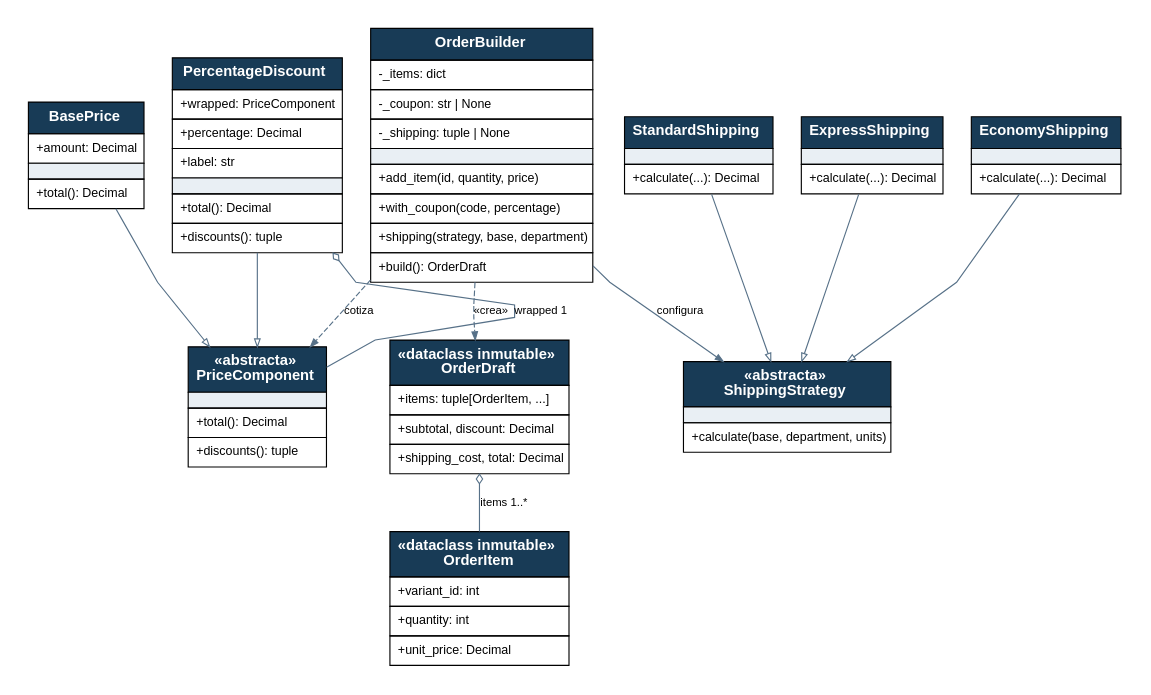
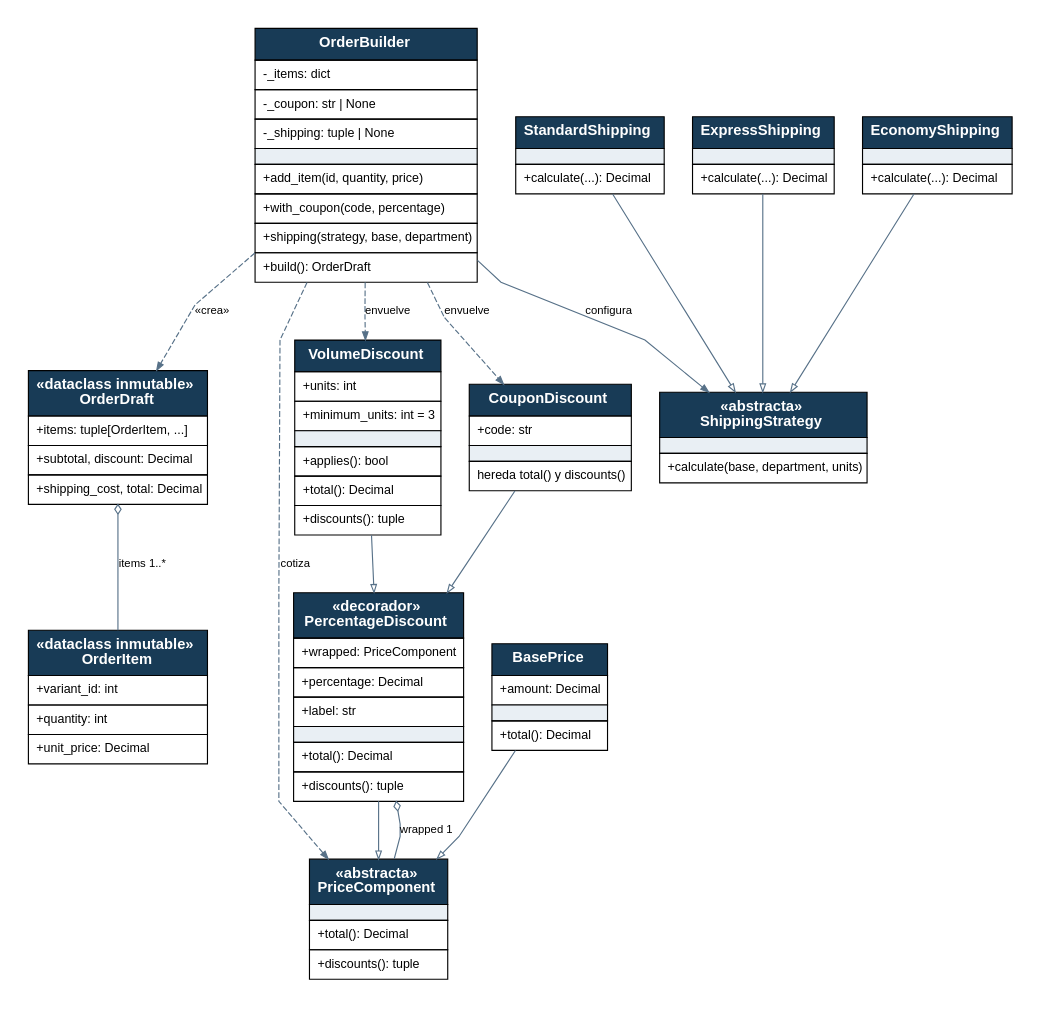
The diagram in Proyecto_PrograAvanzada/entregables/informe/diagramas/02_uml_builder_strategy_decorator.dot (desmonteix/Tickia-PrograAvanzada), drawn with Graphviz before and after one commit. The commit also changed 31 other files, not shown here.

Commit message:
Patrones reforzados (Decorator, State, 4 Repository), informe revisado y diagramas

```diff
--- a/Proyecto_PrograAvanzada/entregables/informe/diagramas/02_uml_builder_strategy_decorator.dot
+++ b/Proyecto_PrograAvanzada/entregables/informe/diagramas/02_uml_builder_strategy_decorator.dot
@@ -1,20 +1,24 @@
 digraph G { graph [bgcolor="white", pad="0.25", nodesep="0.35", ranksep="0.50", splines=polyline]; node [fontname="Arial"]; edge [fontname="Arial", fontsize=10, color="#577188", arrowsize=.7];
 graph [rankdir=TB,ranksep=.55];
 OrderBuilder [shape=plain label=<<TABLE BORDER="0" CELLBORDER="1" CELLSPACING="0" CELLPADDING="6"><TR><TD BGCOLOR="#183B56"><FONT FACE="Arial" COLOR="white" POINT-SIZE="13"><B>OrderBuilder</B></FONT></TD></TR><TR><TD ALIGN="LEFT"><FONT FACE="Arial" POINT-SIZE="11">-_items: dict</FONT></TD></TR><TR><TD ALIGN="LEFT"><FONT FACE="Arial" POINT-SIZE="11">-_coupon: str | None</FONT></TD></TR><TR><TD ALIGN="LEFT"><FONT FACE="Arial" POINT-SIZE="11">-_shipping: tuple | None</FONT></TD></TR><TR><TD HEIGHT="3" BGCOLOR="#E9EFF4"></TD></TR><TR><TD ALIGN="LEFT"><FONT FACE="Arial" POINT-SIZE="11">+add_item(id, quantity, price)</FONT></TD></TR><TR><TD ALIGN="LEFT"><FONT FACE="Arial" POINT-SIZE="11">+with_coupon(code, percentage)</FONT></TD></TR><TR><TD ALIGN="LEFT"><FONT FACE="Arial" POINT-SIZE="11">+shipping(strategy, base, department)</FONT></TD></TR><TR><TD ALIGN="LEFT"><FONT FACE="Arial" POINT-SIZE="11">+build(): OrderDraft</FONT></TD></TR></TABLE>>];
 OrderDraft [shape=plain label=<<TABLE BORDER="0" CELLBORDER="1" CELLSPACING="0" CELLPADDING="6"><TR><TD BGCOLOR="#183B56"><FONT FACE="Arial" COLOR="white" POINT-SIZE="13"><B>«dataclass inmutable»<BR/>OrderDraft</B></FONT></TD></TR><TR><TD ALIGN="LEFT"><FONT FACE="Arial" POINT-SIZE="11">+items: tuple[OrderItem, ...]</FONT></TD></TR><TR><TD ALIGN="LEFT"><FONT FACE="Arial" POINT-SIZE="11">+subtotal, discount: Decimal</FONT></TD></TR><TR><TD ALIGN="LEFT"><FONT FACE="Arial" POINT-SIZE="11">+shipping_cost, total: Decimal</FONT></TD></TR></TABLE>>];
 OrderItem [shape=plain label=<<TABLE BORDER="0" CELLBORDER="1" CELLSPACING="0" CELLPADDING="6"><TR><TD BGCOLOR="#183B56"><FONT FACE="Arial" COLOR="white" POINT-SIZE="13"><B>«dataclass inmutable»<BR/>OrderItem</B></FONT></TD></TR><TR><TD ALIGN="LEFT"><FONT FACE="Arial" POINT-SIZE="11">+variant_id: int</FONT></TD></TR><TR><TD ALIGN="LEFT"><FONT FACE="Arial" POINT-SIZE="11">+quantity: int</FONT></TD></TR><TR><TD ALIGN="LEFT"><FONT FACE="Arial" POINT-SIZE="11">+unit_price: Decimal</FONT></TD></TR></TABLE>>];
 PriceComponent [shape=plain label=<<TABLE BORDER="0" CELLBORDER="1" CELLSPACING="0" CELLPADDING="6"><TR><TD BGCOLOR="#183B56"><FONT FACE="Arial" COLOR="white" POINT-SIZE="13"><B>«abstracta»<BR/>PriceComponent</B></FONT></TD></TR><TR><TD HEIGHT="3" BGCOLOR="#E9EFF4"></TD></TR><TR><TD ALIGN="LEFT"><FONT FACE="Arial" POINT-SIZE="11">+total(): Decimal</FONT></TD></TR><TR><TD ALIGN="LEFT"><FONT FACE="Arial" POINT-SIZE="11">+discounts(): tuple</FONT></TD></TR></TABLE>>];
 BasePrice [shape=plain label=<<TABLE BORDER="0" CELLBORDER="1" CELLSPACING="0" CELLPADDING="6"><TR><TD BGCOLOR="#183B56"><FONT FACE="Arial" COLOR="white" POINT-SIZE="13"><B>BasePrice</B></FONT></TD></TR><TR><TD ALIGN="LEFT"><FONT FACE="Arial" POINT-SIZE="11">+amount: Decimal</FONT></TD></TR><TR><TD HEIGHT="3" BGCOLOR="#E9EFF4"></TD></TR><TR><TD ALIGN="LEFT"><FONT FACE="Arial" POINT-SIZE="11">+total(): Decimal</FONT></TD></TR></TABLE>>];
-PercentageDiscount [shape=plain label=<<TABLE BORDER="0" CELLBORDER="1" CELLSPACING="0" CELLPADDING="6"><TR><TD BGCOLOR="#183B56"><FONT FACE="Arial" COLOR="white" POINT-SIZE="13"><B>PercentageDiscount</B></FONT></TD></TR><TR><TD ALIGN="LEFT"><FONT FACE="Arial" POINT-SIZE="11">+wrapped: PriceComponent</FONT></TD></TR><TR><TD ALIGN="LEFT"><FONT FACE="Arial" POINT-SIZE="11">+percentage: Decimal</FONT></TD></TR><TR><TD ALIGN="LEFT"><FONT FACE="Arial" POINT-SIZE="11">+label: str</FONT></TD></TR><TR><TD HEIGHT="3" BGCOLOR="#E9EFF4"></TD></TR><TR><TD ALIGN="LEFT"><FONT FACE="Arial" POINT-SIZE="11">+total(): Decimal</FONT></TD></TR><TR><TD ALIGN="LEFT"><FONT FACE="Arial" POINT-SIZE="11">+discounts(): tuple</FONT></TD></TR></TABLE>>];
+PercentageDiscount [shape=plain label=<<TABLE BORDER="0" CELLBORDER="1" CELLSPACING="0" CELLPADDING="6"><TR><TD BGCOLOR="#183B56"><FONT FACE="Arial" COLOR="white" POINT-SIZE="13"><B>«decorador»<BR/>PercentageDiscount</B></FONT></TD></TR><TR><TD ALIGN="LEFT"><FONT FACE="Arial" POINT-SIZE="11">+wrapped: PriceComponent</FONT></TD></TR><TR><TD ALIGN="LEFT"><FONT FACE="Arial" POINT-SIZE="11">+percentage: Decimal</FONT></TD></TR><TR><TD ALIGN="LEFT"><FONT FACE="Arial" POINT-SIZE="11">+label: str</FONT></TD></TR><TR><TD HEIGHT="3" BGCOLOR="#E9EFF4"></TD></TR><TR><TD ALIGN="LEFT"><FONT FACE="Arial" POINT-SIZE="11">+total(): Decimal</FONT></TD></TR><TR><TD ALIGN="LEFT"><FONT FACE="Arial" POINT-SIZE="11">+discounts(): tuple</FONT></TD></TR></TABLE>>];
+VolumeDiscount [shape=plain label=<<TABLE BORDER="0" CELLBORDER="1" CELLSPACING="0" CELLPADDING="6"><TR><TD BGCOLOR="#183B56"><FONT FACE="Arial" COLOR="white" POINT-SIZE="13"><B>VolumeDiscount</B></FONT></TD></TR><TR><TD ALIGN="LEFT"><FONT FACE="Arial" POINT-SIZE="11">+units: int</FONT></TD></TR><TR><TD ALIGN="LEFT"><FONT FACE="Arial" POINT-SIZE="11">+minimum_units: int = 3</FONT></TD></TR><TR><TD HEIGHT="3" BGCOLOR="#E9EFF4"></TD></TR><TR><TD ALIGN="LEFT"><FONT FACE="Arial" POINT-SIZE="11">+applies(): bool</FONT></TD></TR><TR><TD ALIGN="LEFT"><FONT FACE="Arial" POINT-SIZE="11">+total(): Decimal</FONT></TD></TR><TR><TD ALIGN="LEFT"><FONT FACE="Arial" POINT-SIZE="11">+discounts(): tuple</FONT></TD></TR></TABLE>>];
+CouponDiscount [shape=plain label=<<TABLE BORDER="0" CELLBORDER="1" CELLSPACING="0" CELLPADDING="6"><TR><TD BGCOLOR="#183B56"><FONT FACE="Arial" COLOR="white" POINT-SIZE="13"><B>CouponDiscount</B></FONT></TD></TR><TR><TD ALIGN="LEFT"><FONT FACE="Arial" POINT-SIZE="11">+code: str</FONT></TD></TR><TR><TD HEIGHT="3" BGCOLOR="#E9EFF4"></TD></TR><TR><TD ALIGN="LEFT"><FONT FACE="Arial" POINT-SIZE="11">hereda total() y discounts()</FONT></TD></TR></TABLE>>];
 ShippingStrategy [shape=plain label=<<TABLE BORDER="0" CELLBORDER="1" CELLSPACING="0" CELLPADDING="6"><TR><TD BGCOLOR="#183B56"><FONT FACE="Arial" COLOR="white" POINT-SIZE="13"><B>«abstracta»<BR/>ShippingStrategy</B></FONT></TD></TR><TR><TD HEIGHT="3" BGCOLOR="#E9EFF4"></TD></TR><TR><TD ALIGN="LEFT"><FONT FACE="Arial" POINT-SIZE="11">+calculate(base, department, units)</FONT></TD></TR></TABLE>>];
 StandardShipping [shape=plain label=<<TABLE BORDER="0" CELLBORDER="1" CELLSPACING="0" CELLPADDING="6"><TR><TD BGCOLOR="#183B56"><FONT FACE="Arial" COLOR="white" POINT-SIZE="13"><B>StandardShipping</B></FONT></TD></TR><TR><TD HEIGHT="3" BGCOLOR="#E9EFF4"></TD></TR><TR><TD ALIGN="LEFT"><FONT FACE="Arial" POINT-SIZE="11">+calculate(...): Decimal</FONT></TD></TR></TABLE>>];
 ExpressShipping [shape=plain label=<<TABLE BORDER="0" CELLBORDER="1" CELLSPACING="0" CELLPADDING="6"><TR><TD BGCOLOR="#183B56"><FONT FACE="Arial" COLOR="white" POINT-SIZE="13"><B>ExpressShipping</B></FONT></TD></TR><TR><TD HEIGHT="3" BGCOLOR="#E9EFF4"></TD></TR><TR><TD ALIGN="LEFT"><FONT FACE="Arial" POINT-SIZE="11">+calculate(...): Decimal</FONT></TD></TR></TABLE>>];
 EconomyShipping [shape=plain label=<<TABLE BORDER="0" CELLBORDER="1" CELLSPACING="0" CELLPADDING="6"><TR><TD BGCOLOR="#183B56"><FONT FACE="Arial" COLOR="white" POINT-SIZE="13"><B>EconomyShipping</B></FONT></TD></TR><TR><TD HEIGHT="3" BGCOLOR="#E9EFF4"></TD></TR><TR><TD ALIGN="LEFT"><FONT FACE="Arial" POINT-SIZE="11">+calculate(...): Decimal</FONT></TD></TR></TABLE>>];
 OrderBuilder -> OrderDraft [style=dashed,label="«crea»"]; OrderDraft -> OrderItem [dir=both,arrowtail=odiamond,arrowhead=none,label="items 1..*"];
 OrderBuilder -> ShippingStrategy [label="configura"]; OrderBuilder -> PriceComponent [style=dashed,label="cotiza"];
+OrderBuilder -> VolumeDiscount [style=dashed,label="envuelve"]; OrderBuilder -> CouponDiscount [style=dashed,label="envuelve"];
+VolumeDiscount -> PercentageDiscount [arrowhead=empty]; CouponDiscount -> PercentageDiscount [arrowhead=empty];
 BasePrice -> PriceComponent [arrowhead=empty]; PercentageDiscount -> PriceComponent [arrowhead=empty];
 PercentageDiscount -> PriceComponent [dir=both,arrowtail=odiamond,arrowhead=none,label="wrapped 1",constraint=false];
 StandardShipping -> ShippingStrategy [arrowhead=empty];
 ExpressShipping -> ShippingStrategy [arrowhead=empty];
 EconomyShipping -> ShippingStrategy [arrowhead=empty];
 }
```
